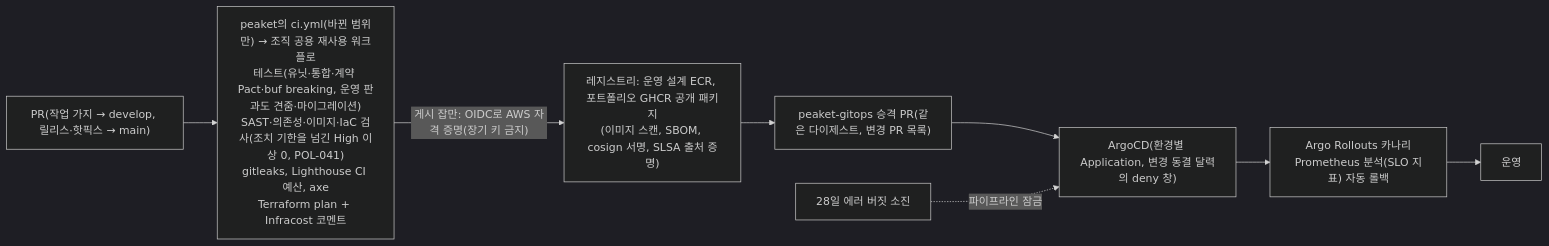
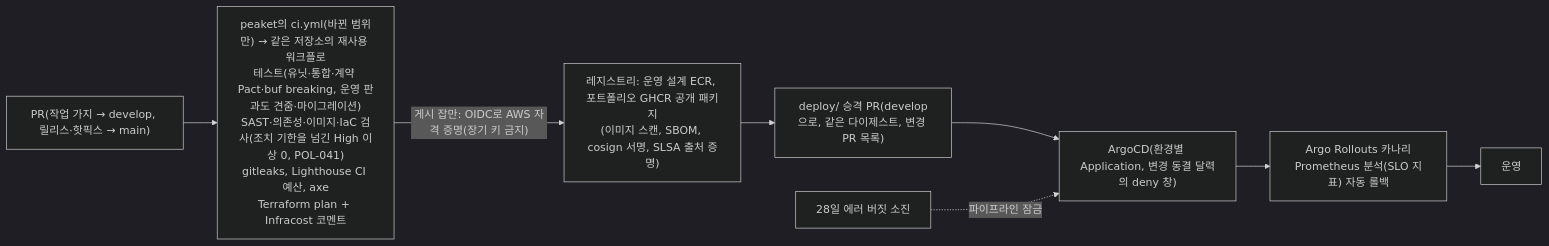
The sixth of 6 diagrams in docs/infra.md (peaket/peaket), drawn with Mermaid (dark theme) before and after one commit. The commit also changed other lines of this file and 32 other files, not shown here.

````diff
--- a/docs/infra.md
+++ b/docs/infra.md
@@ -403,10 +403,10 @@
 ```mermaid
 flowchart LR
-    PR["PR(작업 가지 → develop, 릴리스·핫픽스 → main)"] --> CI["peaket의 ci.yml(바뀐 범위만) → 조직 공용 재사용 워크플로\n테스트(유닛·통합·계약 Pact·buf breaking, 운영 판과도 견줌·마이그레이션)\nSAST·의존성·이미지·IaC 검사(조치 기한을 넘긴 High 이상 0, POL-041)\ngitleaks, Lighthouse CI 예산, axe\nTerraform plan + Infracost 코멘트"]
+    PR["PR(작업 가지 → develop, 릴리스·핫픽스 → main)"] --> CI["peaket의 ci.yml(바뀐 범위만) → 같은 저장소의 재사용 워크플로\n테스트(유닛·통합·계약 Pact·buf breaking, 운영 판과도 견줌·마이그레이션)\nSAST·의존성·이미지·IaC 검사(조치 기한을 넘긴 High 이상 0, POL-041)\ngitleaks, Lighthouse CI 예산, axe\nTerraform plan + Infracost 코멘트"]
     CI -->|"게시 잡만: OIDC로 AWS 자격 증명(장기 키 금지)"| ECR["레지스트리: 운영 설계 ECR, 포트폴리오 GHCR 공개 패키지\n(이미지 스캔, SBOM, cosign 서명, SLSA 출처 증명)"]
-    ECR --> GITOPS["peaket-gitops 승격 PR(같은 다이제스트, 변경 PR 목록)"]
+    ECR --> GITOPS["deploy/ 승격 PR(develop으로, 같은 다이제스트, 변경 PR 목록)"]
     GITOPS --> ARGO["ArgoCD(환경별 Application, 변경 동결 달력의 deny 창)"]
     ARGO --> ROLL["Argo Rollouts 카나리\nPrometheus 분석(SLO 지표) 자동 롤백"]
     ROLL --> PROD["운영"]
     BUDGET["28일 에러 버짓 소진"] -.파이프라인 잠금.-> ARGO
 ```
````
